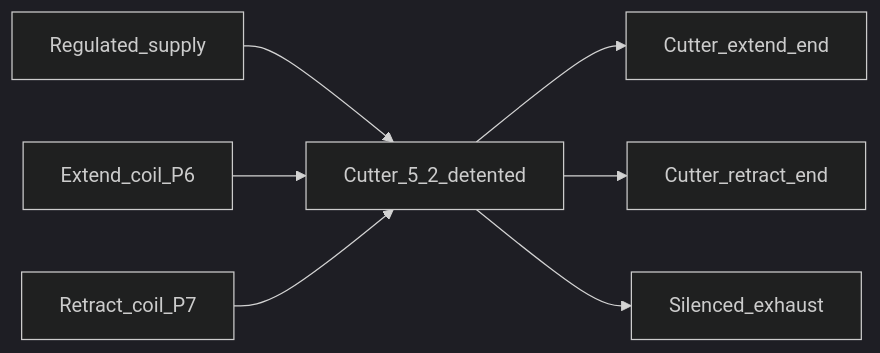
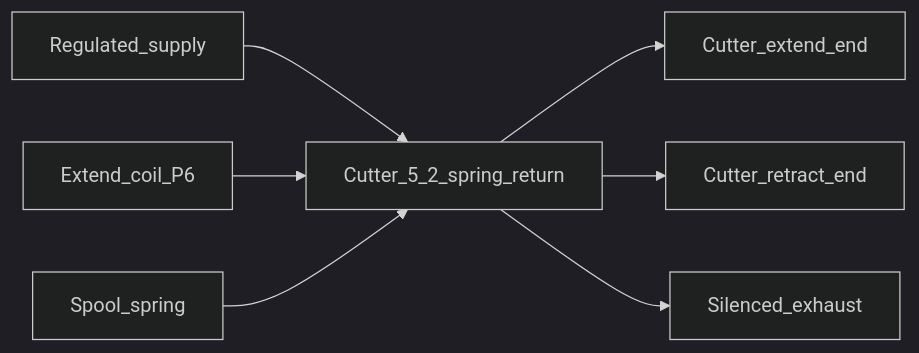
Before and after one commit to janreinhartp/piaya-dough-forming-machine: the third of 4 diagrams in docs/04-Hardware-Design.md, drawn with Mermaid (dark theme). The commit also changed other lines of this file, not shown here.

Commit message:
Accept the spring-return cutter, the drive-fault input, and the watchdog.

````diff
--- a/docs/04-Hardware-Design.md
+++ b/docs/04-Hardware-Design.md
@@ -264,9 +265,9 @@
 ```mermaid
 flowchart LR
-  supply[Regulated_supply] --> valve[Cutter_5_2_detented]
+  supply[Regulated_supply] --> valve[Cutter_5_2_spring_return]
   extendCoil[Extend_coil_P6] --> valve
-  retractCoil[Retract_coil_P7] --> valve
+  spring[Spool_spring] --> valve
   valve --> capExtend[Cutter_extend_end]
   valve --> capRetract[Cutter_retract_end]
   valve --> exhaust[Silenced_exhaust]
 ```
````
